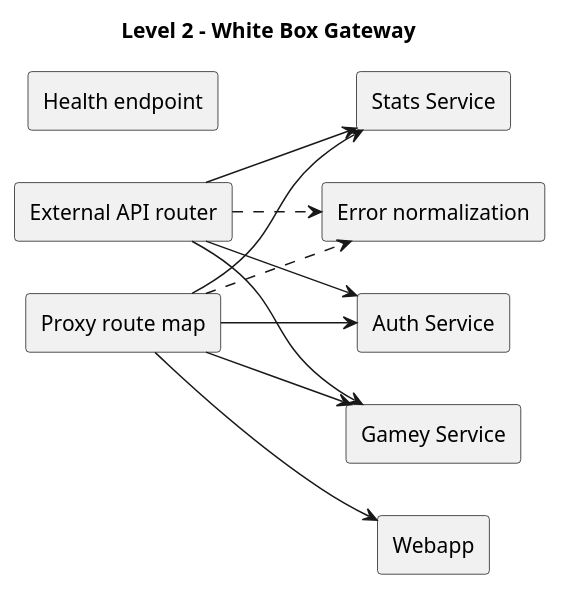
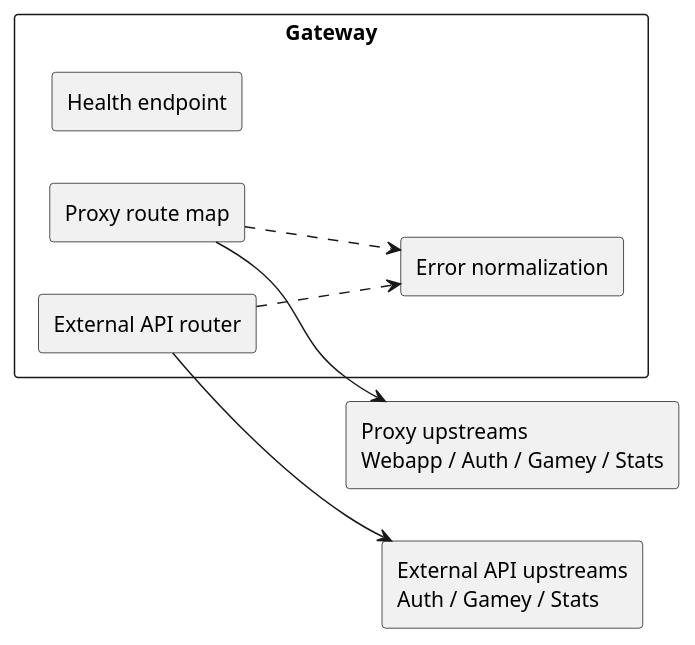
Before and after one commit to Arquisoft/yovi_es4b: the third of 5 diagrams in docs/src/05_building_block_view.adoc, drawn with PlantUML. The commit also changed other lines of this file and 26 other files, not shown here.

```diff
--- a/docs/src/05_building_block_view.adoc
+++ b/docs/src/05_building_block_view.adoc
@@ -213,28 +229,24 @@
-[plantuml,"05_level2_gateway",png]
+[plantuml,"05_level2_gateway_whitebox",png]
 ----
 @startuml
-title Level 2 - White Box Gateway
 left to right direction
-skinparam componentStyle rectangle
+skinparam shadowing false
+skinparam monochrome true
+skinparam defaultFontName Arial
 
-component "Proxy route map" as Proxy
-component "External API router" as ExternalApi
-component "Error normalization" as Errors
-component "Health endpoint" as Health
+rectangle "Gateway" {
+  rectangle "Health endpoint" as Health
+  rectangle "Proxy route map" as Proxy
+  rectangle "External API router" as External
+  rectangle "Error normalization" as Errors
+}
 
-component "Webapp" as Webapp
-component "Auth Service" as Auth
-component "Gamey Service" as Gamey
-component "Stats Service" as Stats
+rectangle "Proxy upstreams\nWebapp / Auth / Gamey / Stats" as ProxyUpstreams
+rectangle "External API upstreams\nAuth / Gamey / Stats" as ExternalUpstreams
 
-Proxy --> Webapp
-Proxy --> Auth
-Proxy --> Gamey
-Proxy --> Stats
-ExternalApi --> Auth
-ExternalApi --> Gamey
-ExternalApi --> Stats
+Proxy --> ProxyUpstreams
+External --> ExternalUpstreams
 Proxy ..> Errors
-ExternalApi ..> Errors
+External ..> Errors
 @enduml
 ----
```
